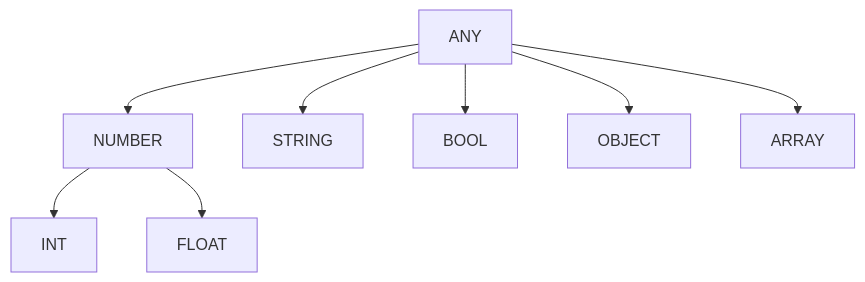
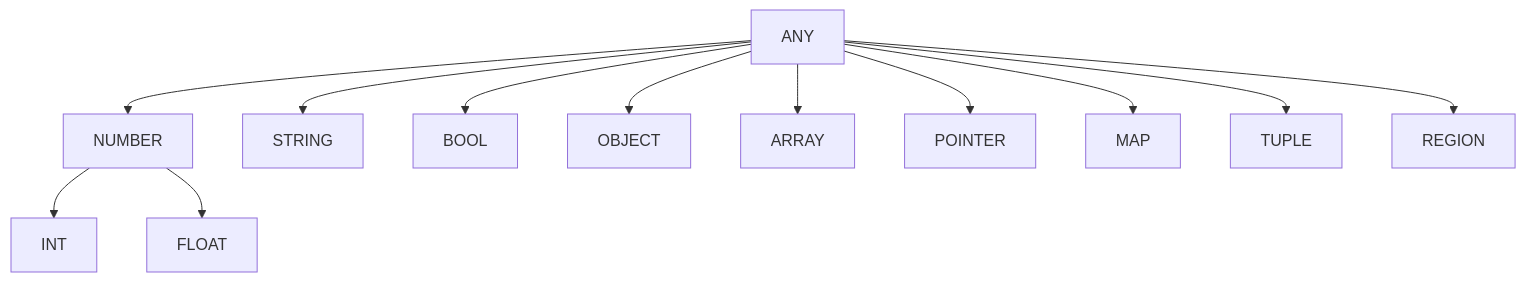
The second of 7 diagrams in docs/type-system.md (avishek-sen-gupta/red-dragon), drawn with Mermaid before and after one commit. The commit also changed other lines of this file, not shown here.

````diff
--- a/docs/type-system.md
+++ b/docs/type-system.md
@@ -46,19 +115,27 @@
 ```mermaid
 graph TD
     ANY["ANY"]
     NUMBER["NUMBER"]
     INT["INT"]
     FLOAT["FLOAT"]
     STRING["STRING"]
     BOOL["BOOL"]
     OBJECT["OBJECT"]
     ARRAY["ARRAY"]
+    POINTER["POINTER"]
+    MAP["MAP"]
+    TUPLE["TUPLE"]
+    REGION["REGION"]
 
     ANY --> NUMBER
     ANY --> STRING
     ANY --> BOOL
     ANY --> OBJECT
     ANY --> ARRAY
+    ANY --> POINTER
+    ANY --> MAP
+    ANY --> TUPLE
+    ANY --> REGION
     NUMBER --> INT
     NUMBER --> FLOAT
 ```
````
